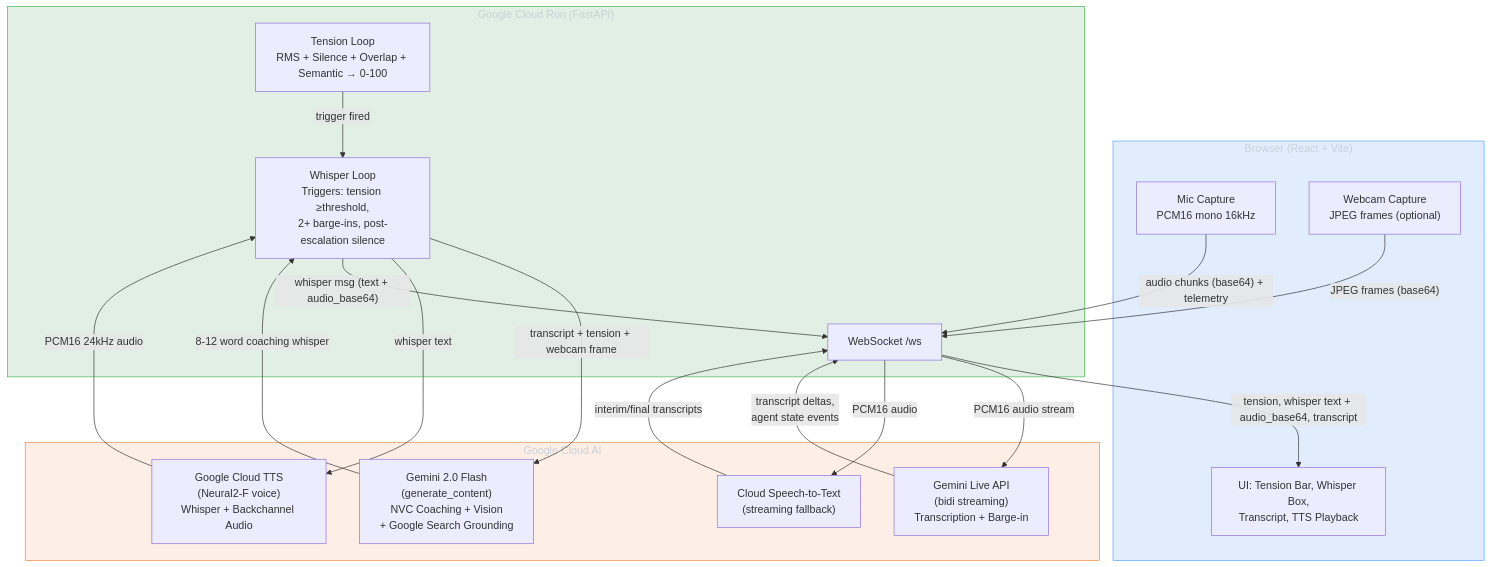
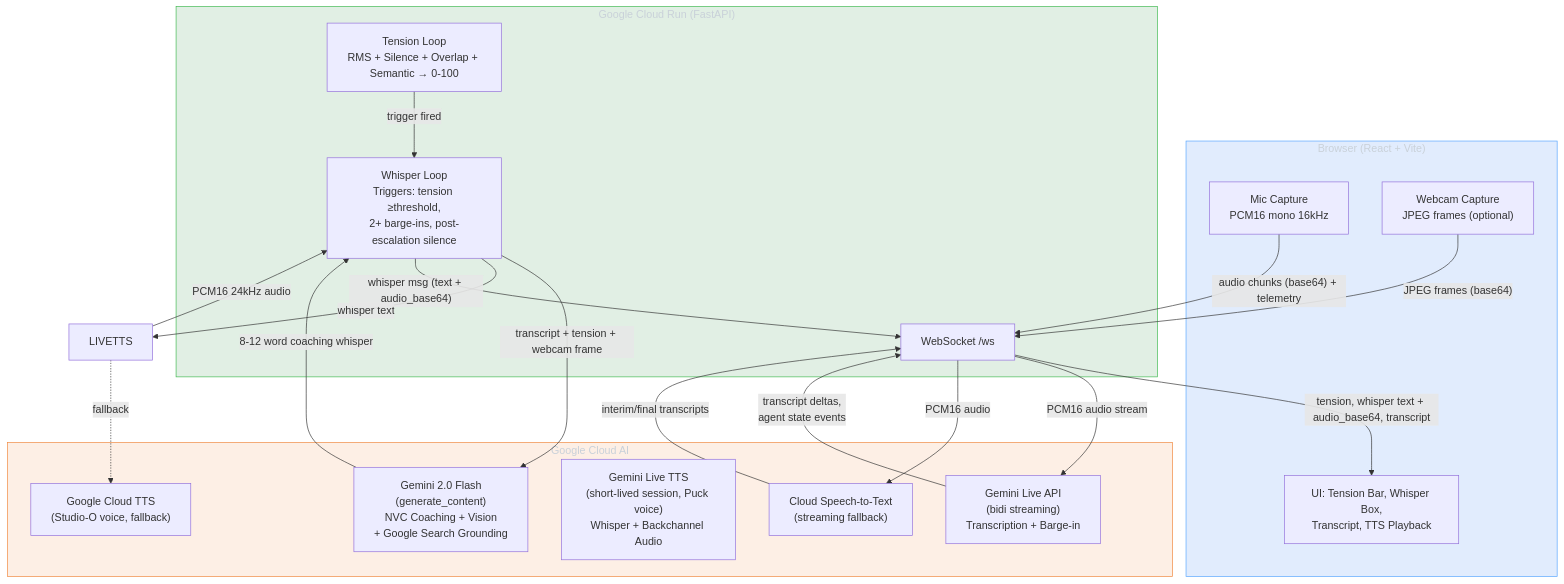
One commit to prabhakaran-jm/gemini-live-empathic-copilot changed the diagram in docs/ARCHITECTURE.md. Above: the diagram before and after it, drawn with Mermaid. The commit also changed other lines of this file and 2 other files, not shown here.

````diff
--- a/docs/ARCHITECTURE.md
+++ b/docs/ARCHITECTURE.md
@@ -5,39 +5,41 @@
 ```mermaid
 graph TB
     subgraph Browser ["Browser (React + Vite)"]
         MIC["Mic Capture<br/>PCM16 mono 16kHz"]
         CAM["Webcam Capture<br/>JPEG frames (optional)"]
         UI["UI: Tension Bar, Whisper Box,<br/>Transcript, TTS Playback"]
     end
 
     subgraph CloudRun ["Google Cloud Run (FastAPI)"]
         WS["WebSocket /ws"]
         TL["Tension Loop<br/>RMS + Silence + Overlap + Semantic → 0-100"]
         WL["Whisper Loop<br/>Triggers: tension ≥threshold,<br/>2+ barge-ins, post-escalation silence"]
     end
 
     subgraph GCP ["Google Cloud AI"]
         LIVE["Gemini Live API<br/>(bidi streaming)<br/>Transcription + Barge-in"]
         FLASH["Gemini 2.0 Flash<br/>(generate_content)<br/>NVC Coaching + Vision<br/>+ Google Search Grounding"]
-        TTS["Google Cloud TTS<br/>(Neural2-F voice)<br/>Whisper + Backchannel Audio"]
+        LIVETSS["Gemini Live TTS<br/>(short-lived session, Puck voice)<br/>Whisper + Backchannel Audio"]
+        CLOUDTTS["Google Cloud TTS<br/>(Studio-O voice, fallback)"]
         STT["Cloud Speech-to-Text<br/>(streaming fallback)"]
     end
 
     MIC -- "audio chunks (base64) + telemetry" --> WS
     CAM -- "JPEG frames (base64)" --> WS
     WS -- "tension, whisper text + audio_base64, transcript" --> UI
     WS -- "PCM16 audio stream" --> LIVE
     LIVE -- "transcript deltas,<br/>agent state events" --> WS
     TL -- "trigger fired" --> WL
     WL -- "transcript + tension + webcam frame" --> FLASH
     FLASH -- "8-12 word coaching whisper" --> WL
-    WL -- "whisper text" --> TTS
-    TTS -- "PCM16 24kHz audio" --> WL
+    WL -- "whisper text" --> LIVETTS
+    LIVETTS -- "PCM16 24kHz audio" --> WL
+    LIVETTS -. "fallback" .-> CLOUDTTS
     WL -- "whisper msg (text + audio_base64)" --> WS
     WS -- "PCM16 audio" --> STT
     STT -- "interim/final transcripts" --> WS
 
     style Browser fill:#1f6feb22,stroke:#58a6ff,color:#c9d1d9
     style CloudRun fill:#23863622,stroke:#3fb950,color:#c9d1d9
     style GCP fill:#f0883e22,stroke:#f0883e,color:#c9d1d9
 ```
````
